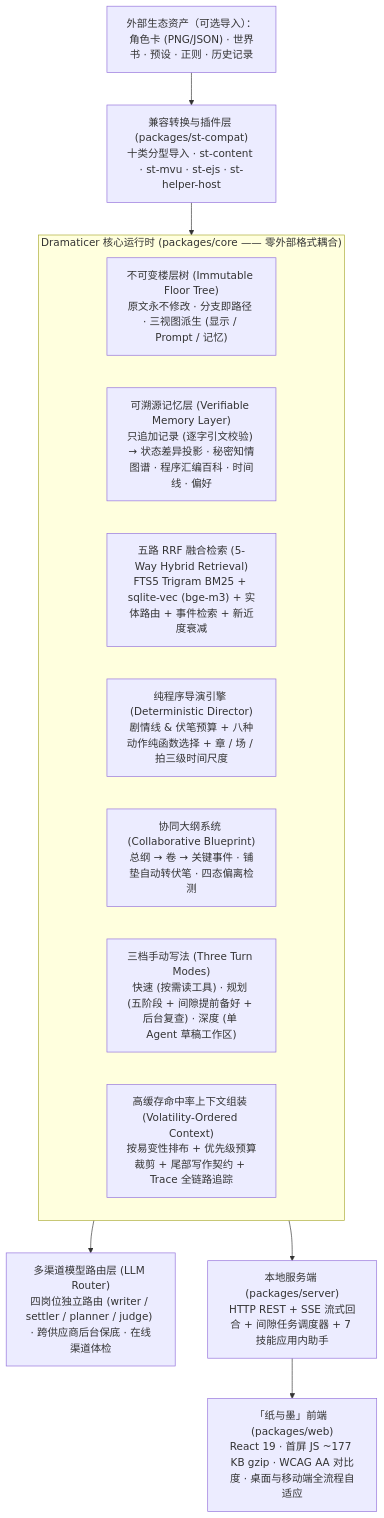
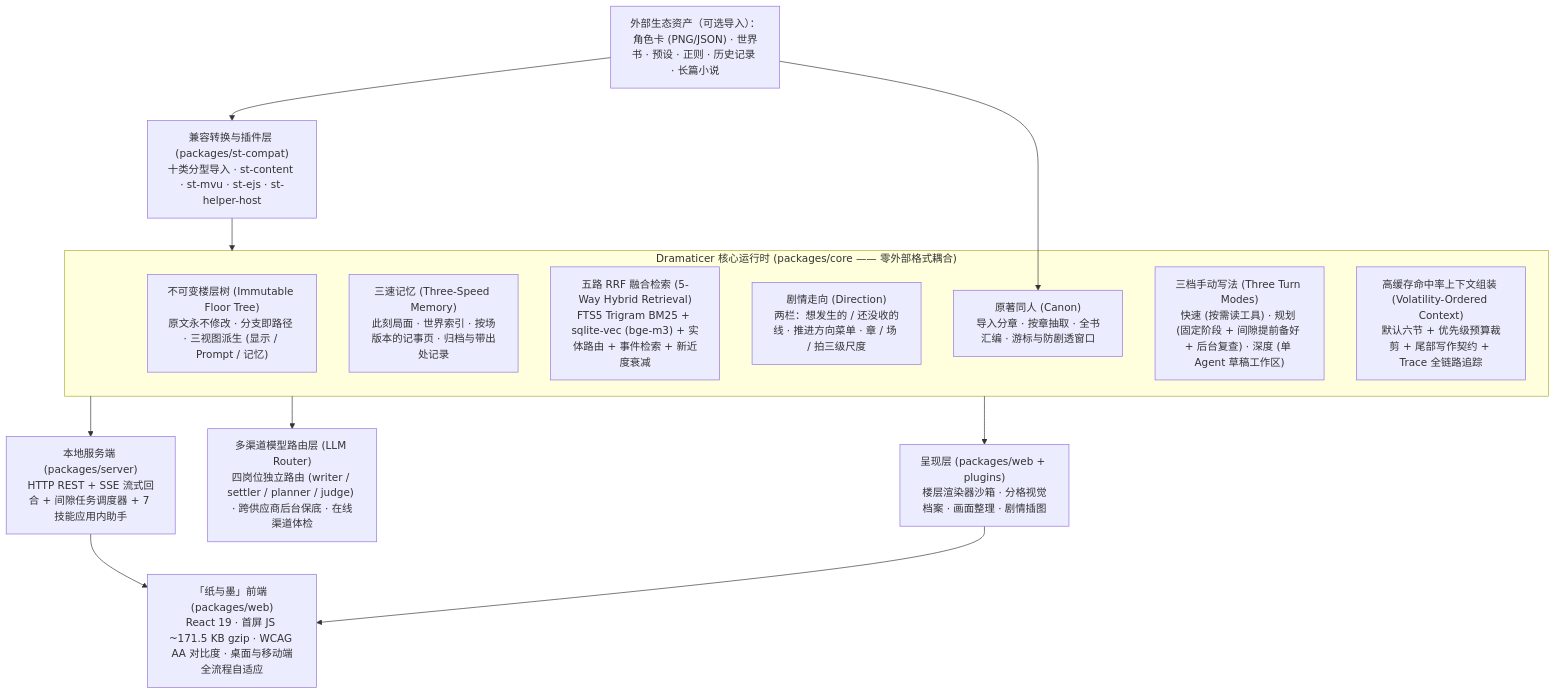
One commit to Theater-ahyeon/Dramaticer changed the diagram in README.md. Above: the diagram before and after it, drawn with Mermaid. The commit also changed other lines of this file and 15 other files, not shown here.

````diff
--- a/README.md
+++ b/README.md
@@ -59,21 +59,25 @@
 ```mermaid
 flowchart TB
-    content["外部生态资产（可选导入）：角色卡 (PNG/JSON) · 世界书 · 预设 · 正则 · 历史记录"]
+    content["外部生态资产（可选导入）：角色卡 (PNG/JSON) · 世界书 · 预设 · 正则 · 历史记录 · 长篇小说"]
     subgraph runtime["Dramaticer 核心运行时 (packages/core —— 零外部格式耦合)"]
         tree["不可变楼层树 (Immutable Floor Tree)<br/>原文永不修改 · 分支即路径 · 三视图派生 (显示 / Prompt / 记忆)"]
-        memory["可溯源记忆层 (Verifiable Memory Layer)<br/>只追加记录 (逐字引文校验) → 状态差异投影 · 秘密知情图谱 · 程序汇编百科 · 时间线 · 偏好"]
+        memory["三速记忆 (Three-Speed Memory)<br/>此刻局面 · 世界索引 · 按场版本的记事页 · 归档与带出处记录"]
         retrieval["五路 RRF 融合检索 (5-Way Hybrid Retrieval)<br/>FTS5 Trigram BM25 + sqlite-vec (bge-m3) + 实体路由 + 事件检索 + 新近度衰减"]
-        director["纯程序导演引擎 (Deterministic Director)<br/>剧情线 & 伏笔预算 + 八种动作纯函数选择 + 章 / 场 / 拍三级时间尺度"]
-        outline["协同大纲系统 (Collaborative Blueprint)<br/>总纲 → 卷 → 关键事件 · 铺垫自动转伏笔 · 四态偏离检测"]
-        modes["三档手动写法 (Three Turn Modes)<br/>快速 (按需读工具) · 规划 (五阶段 + 间隙提前备好 + 后台复查) · 深度 (单 Agent 草稿工作区)"]
-        assemble["高缓存命中率上下文组装 (Volatility-Ordered Context)<br/>按易变性排布 + 优先级预算裁剪 + 尾部写作契约 + Trace 全链路追踪"]
+        direction["剧情走向 (Direction)<br/>两栏：想发生的 / 还没收的线 · 推进方向菜单 · 章 / 场 / 拍三级尺度"]
+        canon["原著同人 (Canon)<br/>导入分章 · 按章抽取 · 全书汇编 · 游标与防剧透窗口"]
+        modes["三档手动写法 (Three Turn Modes)<br/>快速 (按需读工具) · 规划 (固定阶段 + 间隙提前备好 + 后台复查) · 深度 (单 Agent 草稿工作区)"]
+        assemble["高缓存命中率上下文组装 (Volatility-Ordered Context)<br/>默认六节 + 优先级预算裁剪 + 尾部写作契约 + Trace 全链路追踪"]
     end
     stcompat["兼容转换与插件层 (packages/st-compat)<br/>十类分型导入 · st-content · st-mvu · st-ejs · st-helper-host"]
+    presentation["呈现层 (packages/web + plugins)<br/>楼层渲染器沙箱 · 分格视觉档案 · 画面整理 · 剧情插图"]
     llm["多渠道模型路由层 (LLM Router)<br/>四岗位独立路由 (writer / settler / planner / judge) · 跨供应商后台保底 · 在线渠道体检"]
     server["本地服务端 (packages/server)<br/>HTTP REST + SSE 流式回合 + 间隙任务调度器 + 7 技能应用内助手"]
-    web["「纸与墨」前端 (packages/web)<br/>React 19 · 首屏 JS ~177 KB gzip · WCAG AA 对比度 · 桌面与移动端全流程自适应"]
+    web["「纸与墨」前端 (packages/web)<br/>React 19 · 首屏 JS ~171.5 KB gzip · WCAG AA 对比度 · 桌面与移动端全流程自适应"]
 
     content --> stcompat --> runtime
+    content --> canon
+    runtime --> presentation
     runtime --> llm
     runtime --> server --> web
+    presentation --> web
 ```
````
